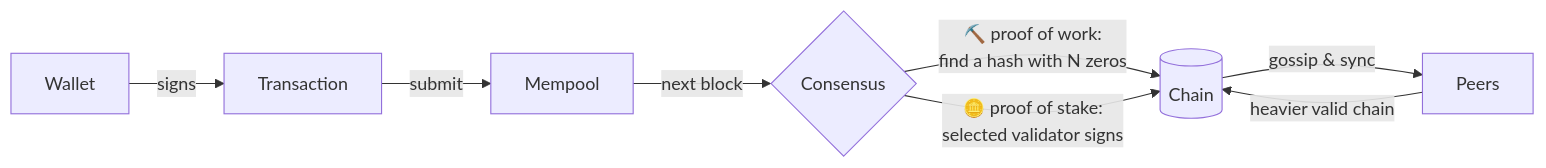
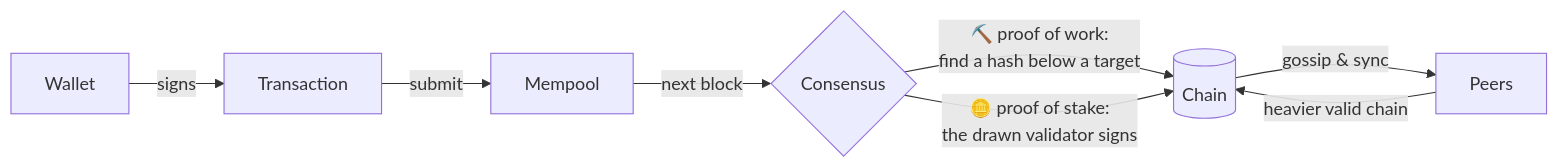
Before and after one commit to alex-quiterio/blockchain-rs: the first of 2 diagrams in README.md, drawn with Mermaid. The commit also changed other lines of this file and 1 other file, not shown here.

````diff
--- a/README.md
+++ b/README.md
@@ -149,10 +94,10 @@
 ```mermaid
 flowchart LR
     W[Wallet] -- signs --> T[Transaction]
     T -- submit --> M[Mempool]
     M -- next block --> B{Consensus}
-    B -- "⛏️ proof of work:<br/>find a hash with N zeros" --> C[(Chain)]
-    B -- "🪙 proof of stake:<br/>selected validator signs" --> C
+    B -- "⛏️ proof of work:<br/>find a hash below a target" --> C[(Chain)]
+    B -- "🪙 proof of stake:<br/>the drawn validator signs" --> C
     C -- gossip & sync --> P[Peers]
     P -- heavier valid chain --> C
 ```
````
